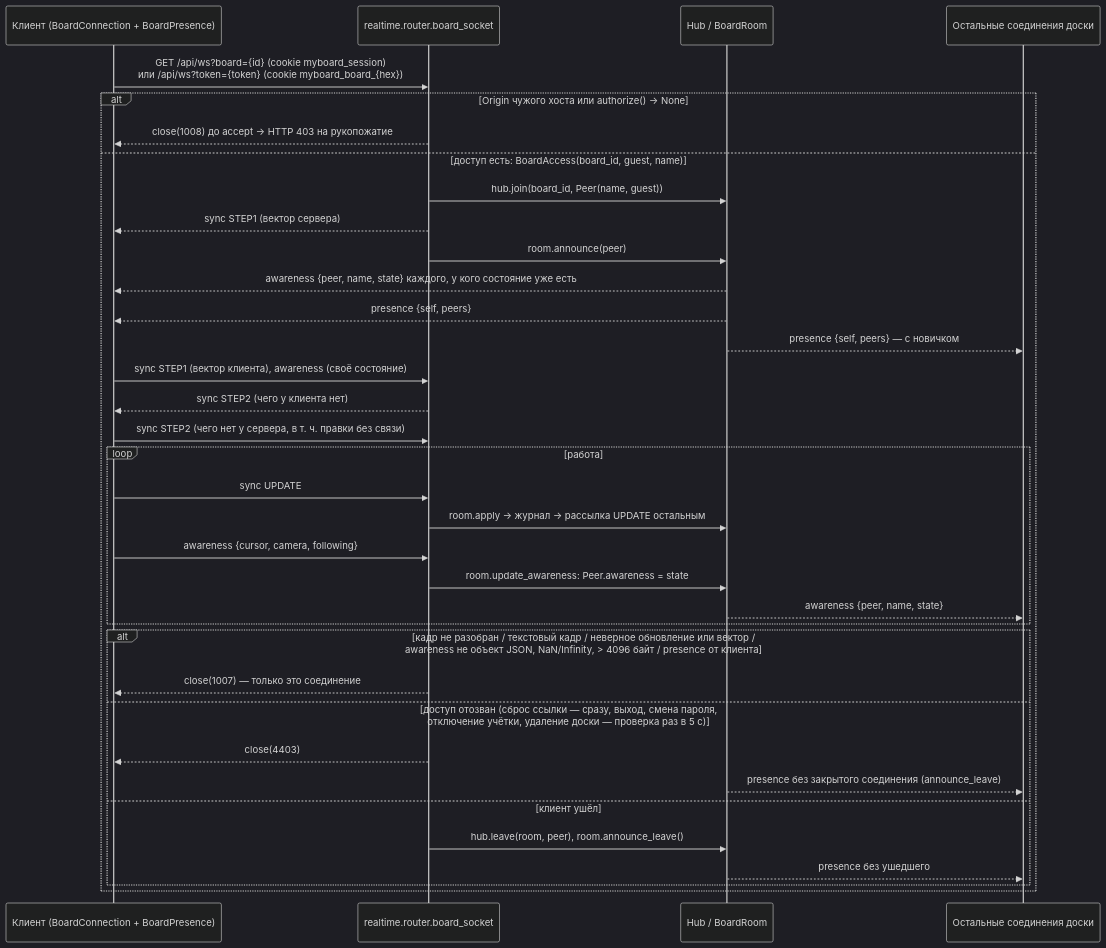
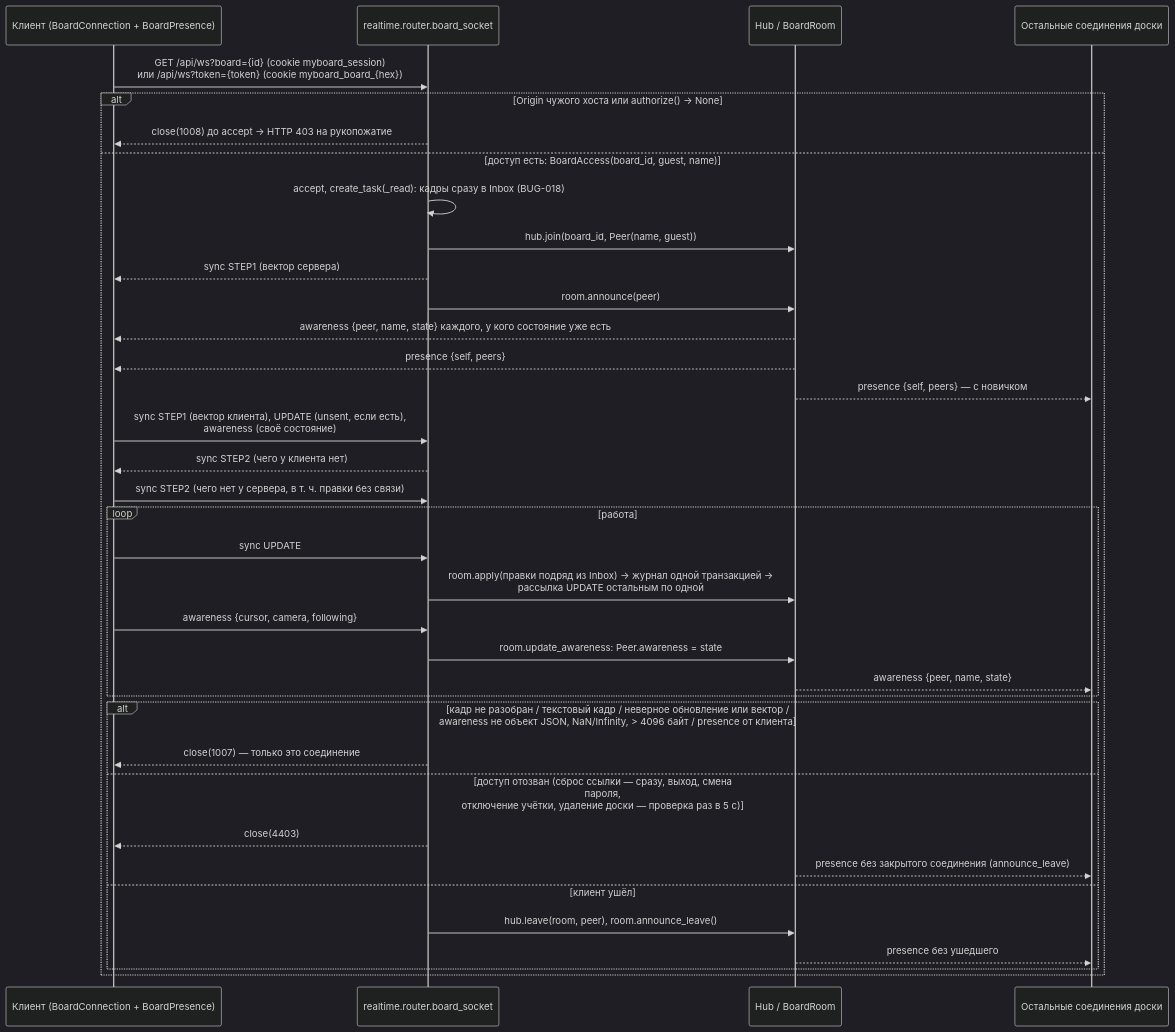
One commit to shumakove/myboard changed the second of 2 diagrams in uml/ws-protocol.md. Above: the diagram before and after it, drawn with Mermaid (dark theme). The commit also changed other lines of this file and 7 other files, not shown here.

First line of the commit message:
T6.2: Обновить UML по принятому коду (стикеры, стопка, BUG-018)

````diff
--- a/uml/ws-protocol.md
+++ b/uml/ws-protocol.md
@@ -119,38 +119,39 @@
 ```mermaid
 sequenceDiagram
   participant C as Клиент (BoardConnection + BoardPresence)
   participant R as realtime.router.board_socket
   participant H as Hub / BoardRoom
   participant O as Остальные соединения доски
 
   C->>R: GET /api/ws?board={id} (cookie myboard_session)<br/>или /api/ws?token={token} (cookie myboard_board_{hex})
   alt Origin чужого хоста или authorize() → None
     R-->>C: close(1008) до accept → HTTP 403 на рукопожатие
   else доступ есть: BoardAccess(board_id, guest, name)
+    R->>R: accept, create_task(_read): кадры сразу в Inbox (BUG-018)
     R->>H: hub.join(board_id, Peer(name, guest))
     R-->>C: sync STEP1 (вектор сервера)
     R->>H: room.announce(peer)
     H-->>C: awareness {peer, name, state} каждого, у кого состояние уже есть
     H-->>C: presence {self, peers}
     H-->>O: presence {self, peers} — с новичком
-    C->>R: sync STEP1 (вектор клиента), awareness (своё состояние)
+    C->>R: sync STEP1 (вектор клиента), UPDATE (unsent, если есть),<br/>awareness (своё состояние)
     R-->>C: sync STEP2 (чего у клиента нет)
     C->>R: sync STEP2 (чего нет у сервера, в т. ч. правки без связи)
     loop работа
       C->>R: sync UPDATE
-      R->>H: room.apply → журнал → рассылка UPDATE остальным
+      R->>H: room.apply(правки подряд из Inbox) → журнал одной транзакцией →<br/>рассылка UPDATE остальным по одной
       C->>R: awareness {cursor, camera, following}
       R->>H: room.update_awareness: Peer.awareness = state
       H-->>O: awareness {peer, name, state}
     end
     alt кадр не разобран / текстовый кадр / неверное обновление или вектор /<br/>awareness не объект JSON, NaN/Infinity, > 4096 байт / presence от клиента
       R-->>C: close(1007) — только это соединение
     else доступ отозван (сброс ссылки — сразу, выход, смена пароля,<br/>отключение учётки, удаление доски — проверка раз в 5 с)
       R-->>C: close(4403)
       H-->>O: presence без закрытого соединения (announce_leave)
     else клиент ушёл
       R->>H: hub.leave(room, peer), room.announce_leave()
       H-->>O: presence без ушедшего
     end
   end
 ```
````
